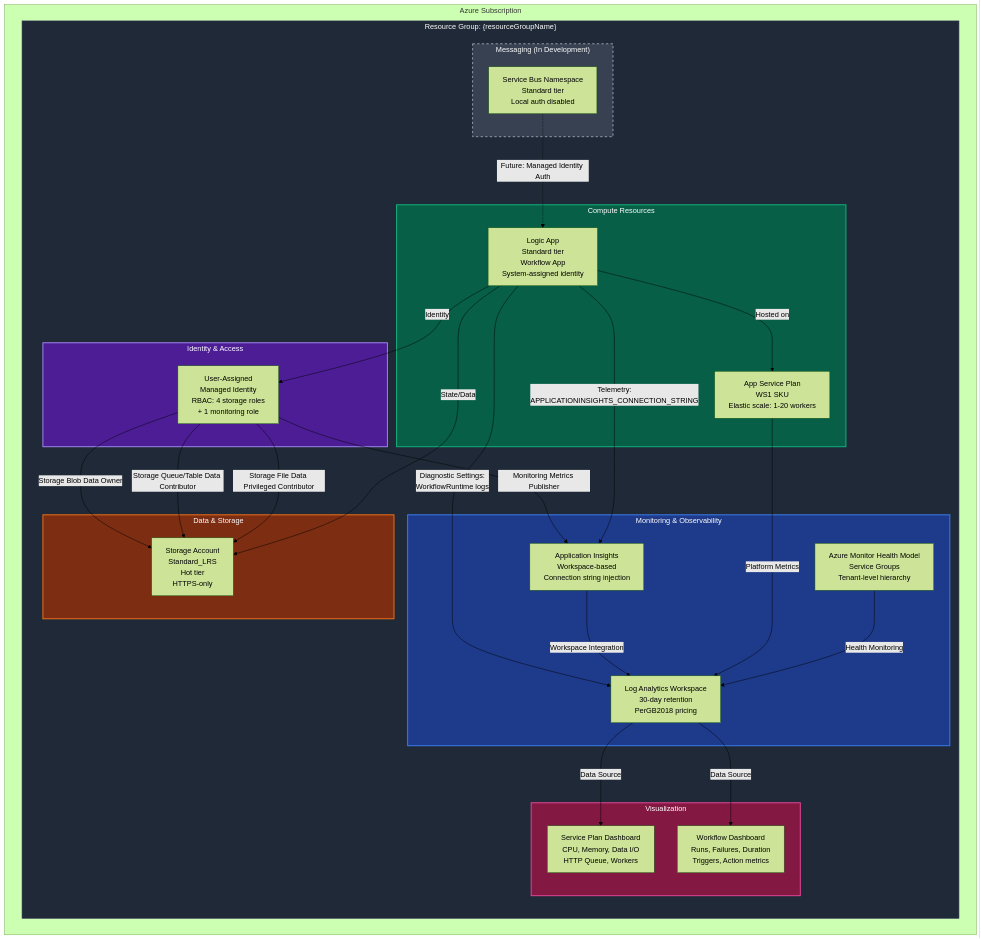
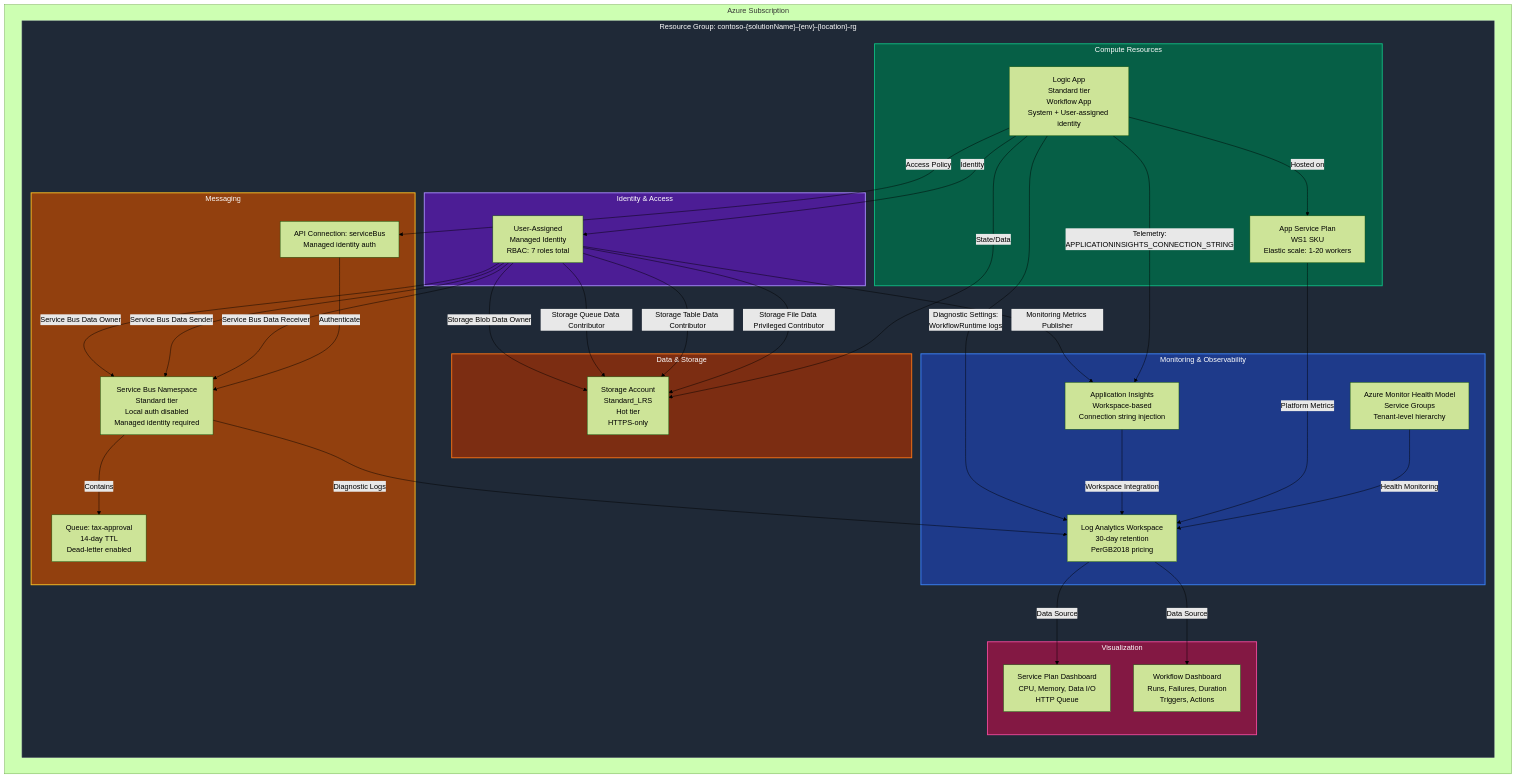
Before and after one commit to Evilazaro/Azure-LogicApps-Monitoring: the first of 2 diagrams in README.md, drawn with Mermaid (forest theme). The commit also changed other lines of this file, not shown here.

Commit message:
Enhance README with detailed environment structure and Service Bus integration updates

````diff
--- a/README.md
+++ b/README.md
@@ -68,62 +80,71 @@
 ```mermaid
 flowchart TB
     subgraph Subscription["Azure Subscription"]
-        subgraph RG["Resource Group: {resourceGroupName}"]
+        subgraph RG["Resource Group: contoso-{solutionName}-{env}-{location}-rg"]
             subgraph MonitoringStack["Monitoring & Observability"]
                 LAW["Log Analytics Workspace<br/>30-day retention<br/>PerGB2018 pricing"]
                 AI["Application Insights<br/>Workspace-based<br/>Connection string injection"]
                 HM["Azure Monitor Health Model<br/>Service Groups<br/>Tenant-level hierarchy"]
             end
             
             subgraph ComputeLayer["Compute Resources"]
                 ASP["App Service Plan<br/>WS1 SKU<br/>Elastic scale: 1-20 workers"]
-                LA["Logic App<br/>Standard tier<br/>Workflow App<br/>System-assigned identity"]
+                LA["Logic App<br/>Standard tier<br/>Workflow App<br/>System + User-assigned identity"]
             end
             
             subgraph DataLayer["Data & Storage"]
                 SA["Storage Account<br/>Standard_LRS<br/>Hot tier<br/>HTTPS-only"]
             end
             
             subgraph IdentityLayer["Identity & Access"]
-                UMI["User-Assigned<br/>Managed Identity<br/>RBAC: 4 storage roles<br/>+ 1 monitoring role"]
+                UMI["User-Assigned<br/>Managed Identity<br/>RBAC: 7 roles total"]
             end
             
             subgraph DashboardLayer["Visualization"]
-                DASH1["Service Plan Dashboard<br/>CPU, Memory, Data I/O<br/>HTTP Queue, Workers"]
-                DASH2["Workflow Dashboard<br/>Runs, Failures, Duration<br/>Triggers, Action metrics"]
+                DASH1["Service Plan Dashboard<br/>CPU, Memory, Data I/O<br/>HTTP Queue"]
+                DASH2["Workflow Dashboard<br/>Runs, Failures, Duration<br/>Triggers, Actions"]
             end
             
-            subgraph MessagingLayer["Messaging (In Development)"]
-                SB["Service Bus Namespace<br/>Standard tier<br/>Local auth disabled"]
+            subgraph MessagingLayer["Messaging"]
+                SB["Service Bus Namespace<br/>Standard tier<br/>Local auth disabled<br/>Managed identity required"]
+                Queue["Queue: tax-approval<br/>14-day TTL<br/>Dead-letter enabled"]
+                SBConn["API Connection: serviceBus<br/>Managed identity auth"]
             end
         end
     end
     
     UMI -->|Storage Blob Data Owner| SA
-    UMI -->|Storage Queue/Table Data Contributor| SA
+    UMI -->|Storage Queue Data Contributor| SA
+    UMI -->|Storage Table Data Contributor| SA
     UMI -->|Storage File Data Privileged Contributor| SA
     UMI -->|Monitoring Metrics Publisher| AI
+    UMI -->|Service Bus Data Owner| SB
+    UMI -->|Service Bus Data Sender| SB
+    UMI -->|Service Bus Data Receiver| SB
     
     LA -->|Hosted on| ASP
     LA -->|Identity| UMI
     LA -->|State/Data| SA
     LA -->|Diagnostic Settings:<br/>WorkflowRuntime logs| LAW
     LA -->|Telemetry:<br/>APPLICATIONINSIGHTS_CONNECTION_STRING| AI
+    LA -->|Access Policy| SBConn
+    
+    SBConn -->|Authenticate| SB
+    SB -->|Contains| Queue
     
     AI -->|Workspace Integration| LAW
     ASP -->|Platform Metrics| LAW
+    SB -->|Diagnostic Logs| LAW
     HM -->|Health Monitoring| LAW
     
     LAW -->|Data Source| DASH1
     LAW -->|Data Source| DASH2
-    
-    SB -.->|Future: Managed Identity Auth| LA
     
     style MonitoringStack fill:#1E3A8A,stroke:#3B82F6,stroke-width:2px,color:#FFFFFF
     style ComputeLayer fill:#065F46,stroke:#10B981,stroke-width:2px,color:#FFFFFF
     style DataLayer fill:#7C2D12,stroke:#F97316,stroke-width:2px,color:#FFFFFF
     style IdentityLayer fill:#4C1D95,stroke:#A78BFA,stroke-width:2px,color:#FFFFFF
     style DashboardLayer fill:#831843,stroke:#EC4899,stroke-width:2px,color:#FFFFFF
-    style MessagingLayer fill:#374151,stroke:#9CA3AF,stroke-width:2px,stroke-dasharray: 5 5,color:#FFFFFF
+    style MessagingLayer fill:#92400E,stroke:#FBBF24,stroke-width:2px,color:#FFFFFF
     style RG fill:#1F2937,stroke:#6B7280,stroke-width:1px,color:#FFFFFF
 ```
````
